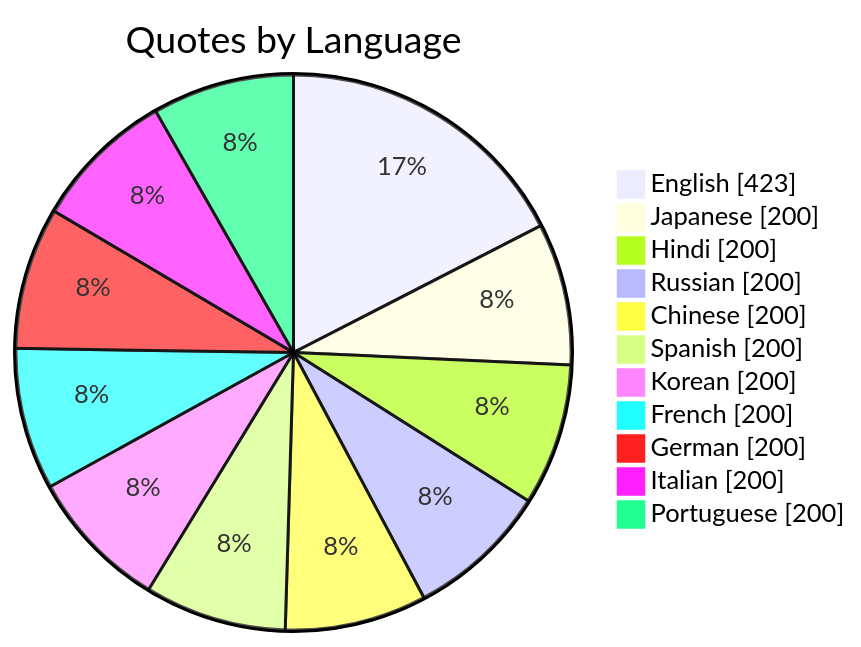
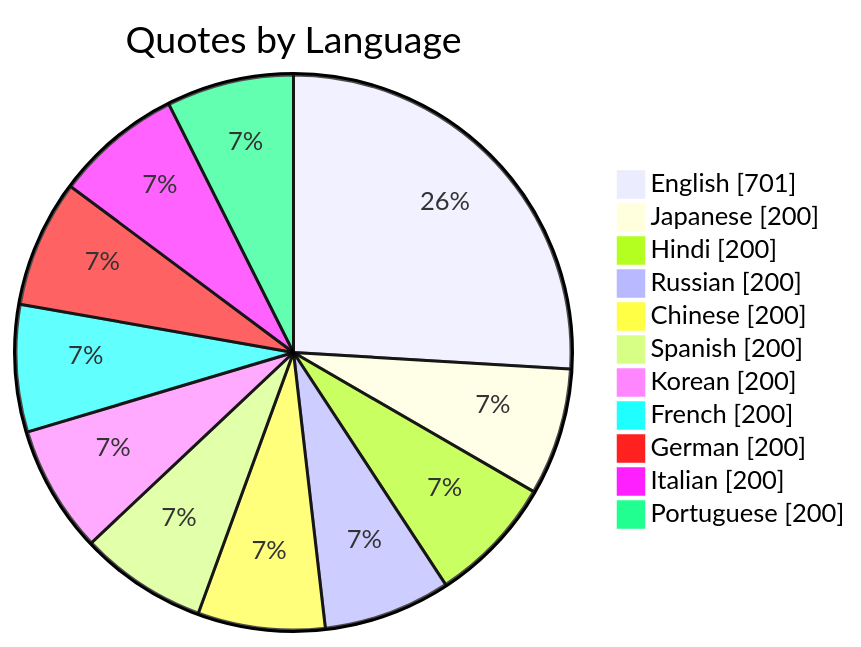
Before and after one commit to AniQuotes/Statistics: the second of 2 diagrams in README.md, drawn with Mermaid. The commit also changed other lines of this file, not shown here.

````diff
--- a/README.md
+++ b/README.md
@@ -28,15 +36,15 @@
 ```mermaid
 pie showData
     title Quotes by Language
-    "English" : 423
+    "English" : 701
     "Japanese" : 200
     "Hindi" : 200
     "Russian" : 200
     "Chinese" : 200
     "Spanish" : 200
     "Korean" : 200
     "French" : 200
     "German" : 200
     "Italian" : 200
     "Portuguese" : 200
 ```
````
